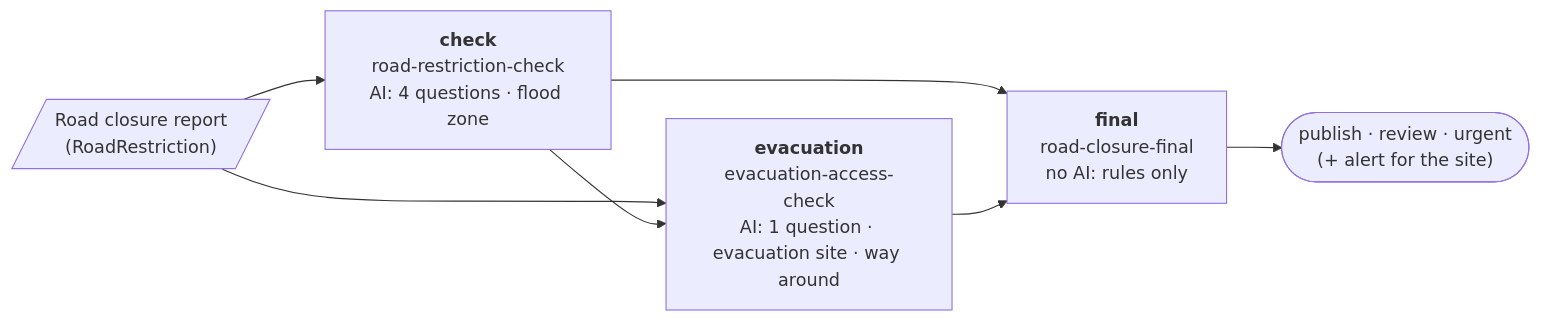
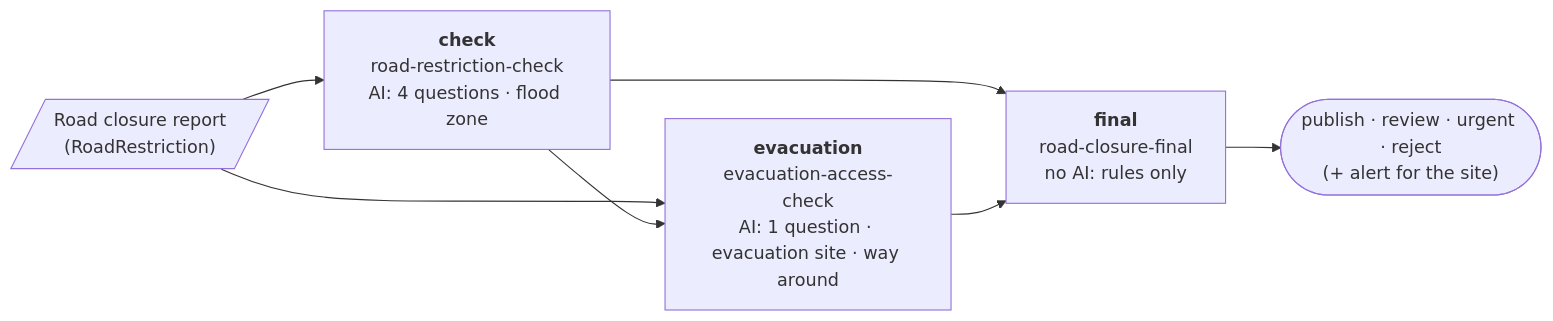
Before and after one commit to geolonia/pointsman: the diagram in docs/decision-chains.md, drawn with Mermaid. The commit also changed other lines of this file, not shown here.

First line of the commit message:
Design: decision chains, second review

````diff
--- a/docs/decision-chains.md
+++ b/docs/decision-chains.md
@@ -17,13 +17,13 @@
 ```mermaid
 flowchart LR
   report[/"Road closure report<br/>(RoadRestriction)"/]
   check["<b>check</b><br/>road-restriction-check<br/>AI: 4 questions · flood zone"]
   evac["<b>evacuation</b><br/>evacuation-access-check<br/>AI: 1 question · evacuation site · way around"]
   final["<b>final</b><br/>road-closure-final<br/>no AI: rules only"]
   report --> check
   report --> evac
   check --> evac
   check --> final
   evac --> final
-  final --> result(["publish · review · urgent<br/>(+ alert for the site)"])
+  final --> result(["publish · review · urgent · reject<br/>(+ alert for the site)"])
 ```
````
